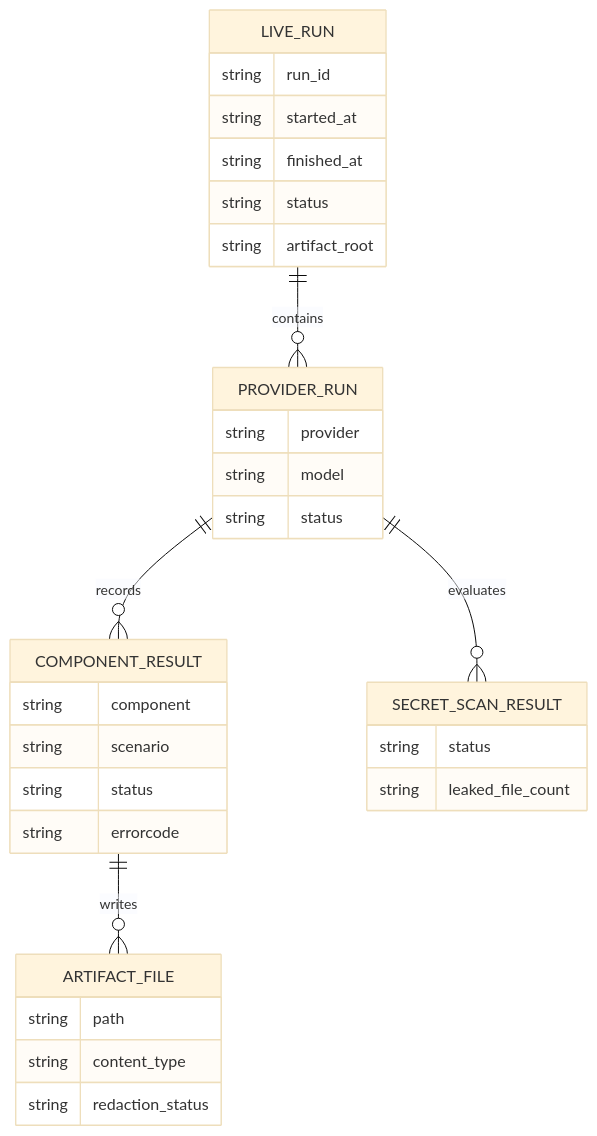
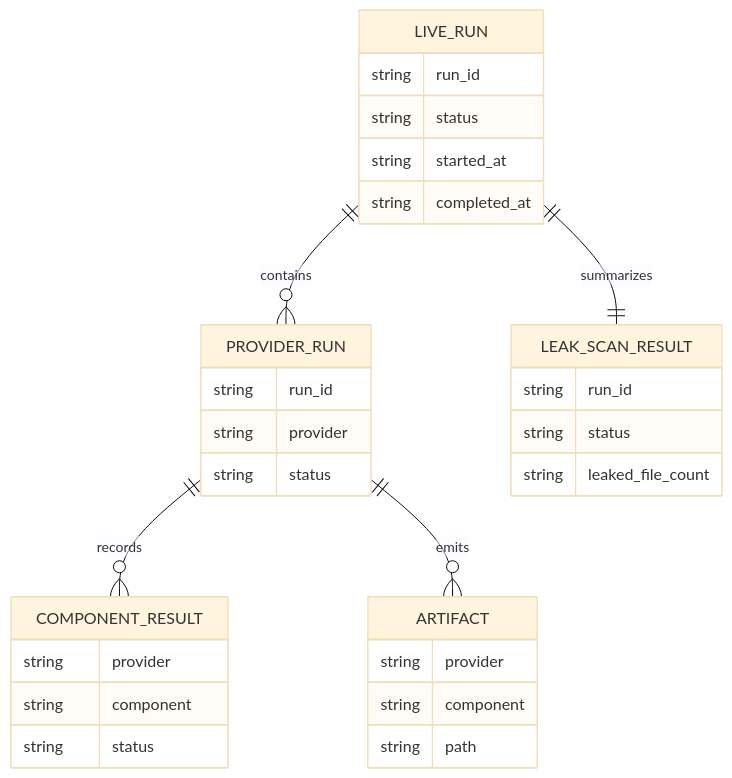
The second of 5 diagrams in docs/sprints/SPRINT-004-comprehensive-implementation-plan.md (jaytaylor/attractor-tcl), drawn with Mermaid (base theme) before and after one commit. The commit also changed other lines of this file, not shown here.

````diff
--- a/docs/sprints/SPRINT-004-comprehensive-implementation-plan.md
+++ b/docs/sprints/SPRINT-004-comprehensive-implementation-plan.md
@@ -1781,39 +1959,34 @@
 ```mermaid
 erDiagram
   LIVE_RUN ||--o{ PROVIDER_RUN : contains
   PROVIDER_RUN ||--o{ COMPONENT_RESULT : records
-  PROVIDER_RUN ||--o{ SECRET_SCAN_RESULT : evaluates
-  COMPONENT_RESULT ||--o{ ARTIFACT_FILE : writes
+  PROVIDER_RUN ||--o{ ARTIFACT : emits
+  LIVE_RUN ||--|| LEAK_SCAN_RESULT : summarizes
 
   LIVE_RUN {
     string run_id
+    string status
     string started_at
-    string finished_at
-    string status
-    string artifact_root
+    string completed_at
   }
-
   PROVIDER_RUN {
+    string run_id
     string provider
-    string model
     string status
   }
-
   COMPONENT_RESULT {
+    string provider
     string component
-    string scenario
     string status
-    string errorcode
   }
-
-  SECRET_SCAN_RESULT {
+  ARTIFACT {
+    string provider
+    string component
+    string path
+  }
+  LEAK_SCAN_RESULT {
+    string run_id
     string status
     string leaked_file_count
   }
-
-  ARTIFACT_FILE {
-    string path
-    string content_type
-    string redaction_status
-  }
 ```
````
